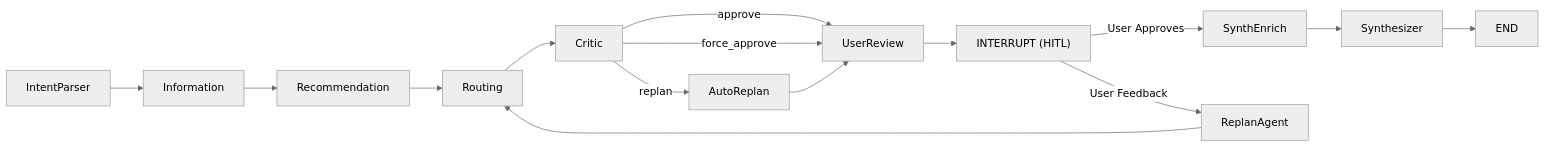
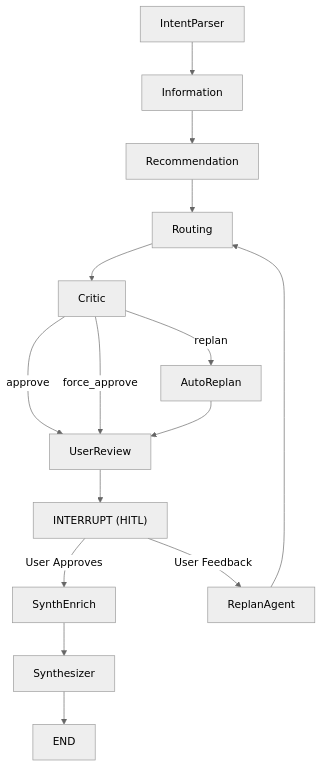
One commit to richardwang1236/TravelCrew changed the diagram in README.md. Above: the diagram before and after it, drawn with Mermaid (neutral theme). The commit also changed other lines of this file and 1 other file, not shown here.

````diff
--- a/README.md
+++ b/README.md
@@ -91,17 +119,17 @@
 ```mermaid
-graph LR
+flowchart TD
     A[IntentParser] --> B[Information]
     B --> C[Recommendation]
     C --> D[Routing]
     D --> E[Critic]
     E -->|approve| F[UserReview]
     E -->|replan| G[AutoReplan]
     E -->|force_approve| F
     G --> F
     F --> H["INTERRUPT (HITL)"]
     H -->|User Approves| I[SynthEnrich]
     H -->|User Feedback| J[ReplanAgent]
     J --> D
     I --> K[Synthesizer]
     K --> L[END]
 ```
````
